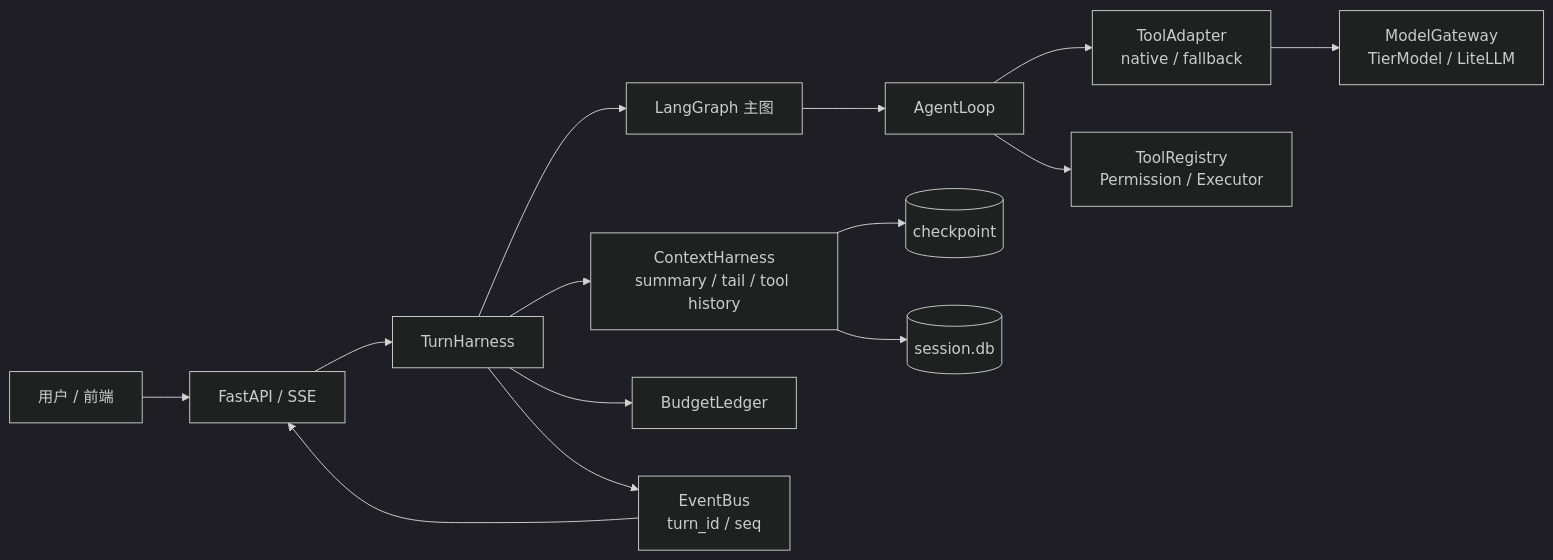
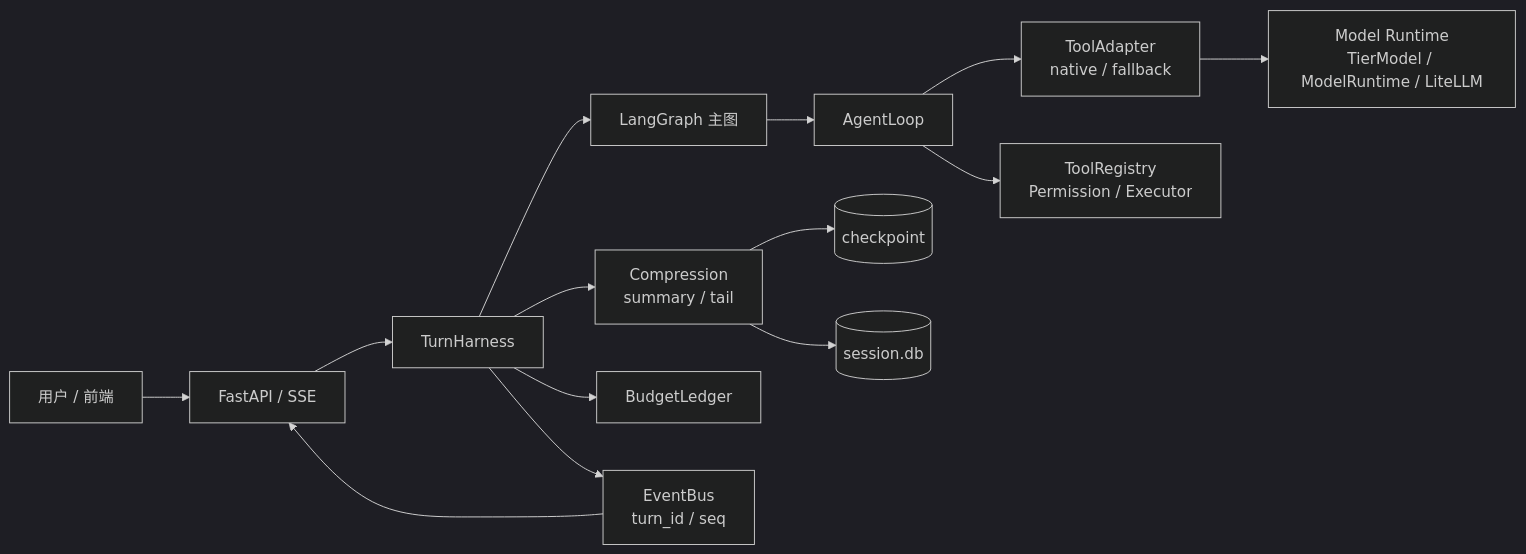
One commit to wangzi2124/AgentSuper changed the diagram in README.md. Above: the diagram before and after it, drawn with Mermaid (dark theme). The commit also changed other lines of this file, not shown here.

Commit message:
fix: update tool limits and enhance documentation for multi-agent orchestration

````diff
--- a/README.md
+++ b/README.md
@@ -46,16 +50,16 @@
 ```mermaid
 flowchart LR
   U[用户 / 前端] --> API[FastAPI / SSE]
   API --> TH[TurnHarness]
   TH --> G[LangGraph 主图]
   G --> L[AgentLoop]
   L --> TA[ToolAdapter<br/>native / fallback]
-  TA --> M[ModelGateway<br/>TierModel / LiteLLM]
+  TA --> M[Model Runtime<br/>TierModel / ModelRuntime / LiteLLM]
   L --> R[ToolRegistry<br/>Permission / Executor]
-  TH --> C[ContextHarness<br/>summary / tail / tool history]
+  TH --> C[Compression<br/>summary / tail]
   C --> S[(checkpoint)]
   C --> DB[(session.db)]
   TH --> B[BudgetLedger]
   TH --> E[EventBus<br/>turn_id / seq]
   E --> API
 ```
````
